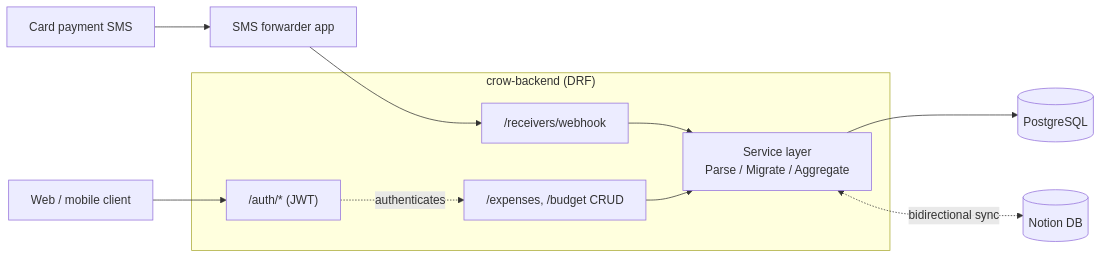
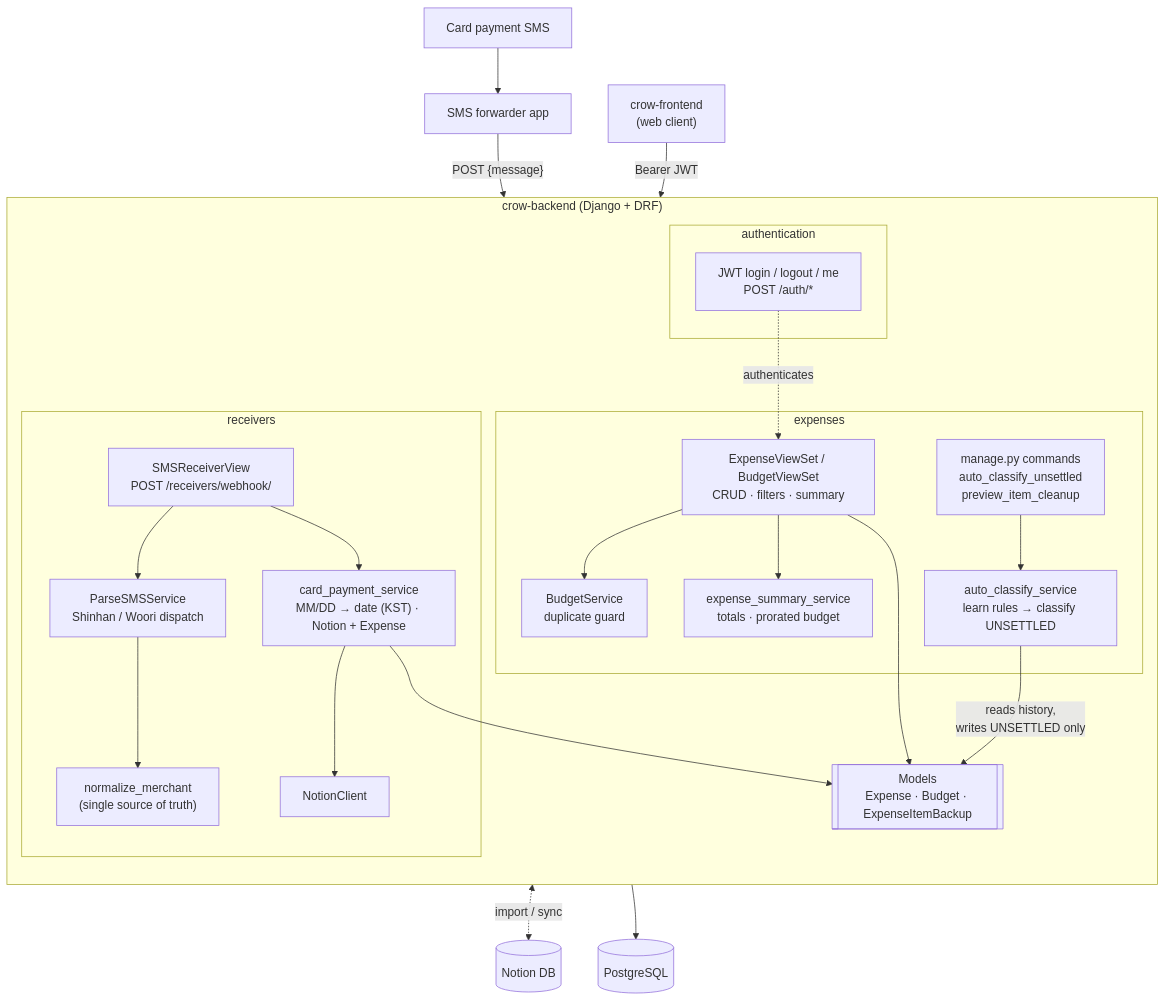
The diagram in README.md (nonasking/crow-backend), drawn with Mermaid before and after one commit. The commit also changed other lines of this file, not shown here.

````diff
--- a/README.md
+++ b/README.md
@@ -18,21 +20,46 @@
 ```mermaid
-flowchart LR
+flowchart TB
     SMS[Card payment SMS] --> FWD[SMS forwarder app]
-    Client[Web / mobile client]
+    FE["crow-frontend<br/>(web client)"]
 
-    subgraph backend["crow-backend (DRF)"]
-        Auth["/auth/* (JWT)"]
-        WH["/receivers/webhook"]
-        CRUD["/expenses, /budget CRUD"]
-        SVC[Service layer<br/>Parse / Migrate / Aggregate]
-        Auth -.authenticates.-> CRUD
-        WH --> SVC
-        CRUD --> SVC
+    subgraph backend["crow-backend (Django + DRF)"]
+        direction TB
+
+        subgraph rcv["receivers"]
+            WH["SMSReceiverView<br/>POST /receivers/webhook/"]
+            PARSE["ParseSMSService<br/>Shinhan / Woori dispatch"]
+            NORM["normalize_merchant<br/>(single source of truth)"]
+            REC["card_payment_service<br/>MM/DD → date (KST) · Notion + Expense"]
+            NC["NotionClient"]
+            WH --> PARSE --> NORM
+            WH --> REC --> NC
+        end
+
+        subgraph auth["authentication"]
+            JWT["JWT login / logout / me<br/>POST /auth/*"]
+        end
+
+        subgraph exp["expenses"]
+            API["ExpenseViewSet / BudgetViewSet<br/>CRUD · filters · summary"]
+            BSVC["BudgetService<br/>duplicate guard"]
+            SUM["expense_summary_service<br/>totals · prorated budget"]
+            ACSVC["auto_classify_service<br/>learn rules → classify UNSETTLED"]
+            CMD["manage.py commands<br/>auto_classify_unsettled<br/>preview_item_cleanup"]
+            API --> BSVC
+            API --> SUM
+            CMD --> ACSVC
+        end
+
+        MODELS[["Models<br/>Expense · Budget · ExpenseItemBackup"]]
     end
 
-    FWD --> WH
-    Client --> Auth
+    FWD -- "POST {message}" --> WH
+    FE -- "Bearer JWT" --> API
+    JWT -. authenticates .-> API
 
-    SVC --> PG[(PostgreSQL)]
-    SVC <-.bidirectional sync.-> Notion[(Notion DB)]
+    REC --> MODELS
+    NC <-. "import / sync" .-> NOTION[(Notion DB)]
+    API --> MODELS
+    ACSVC -- "reads history,<br/>writes UNSETTLED only" --> MODELS
+    MODELS --> PG[(PostgreSQL)]
 ```
````
